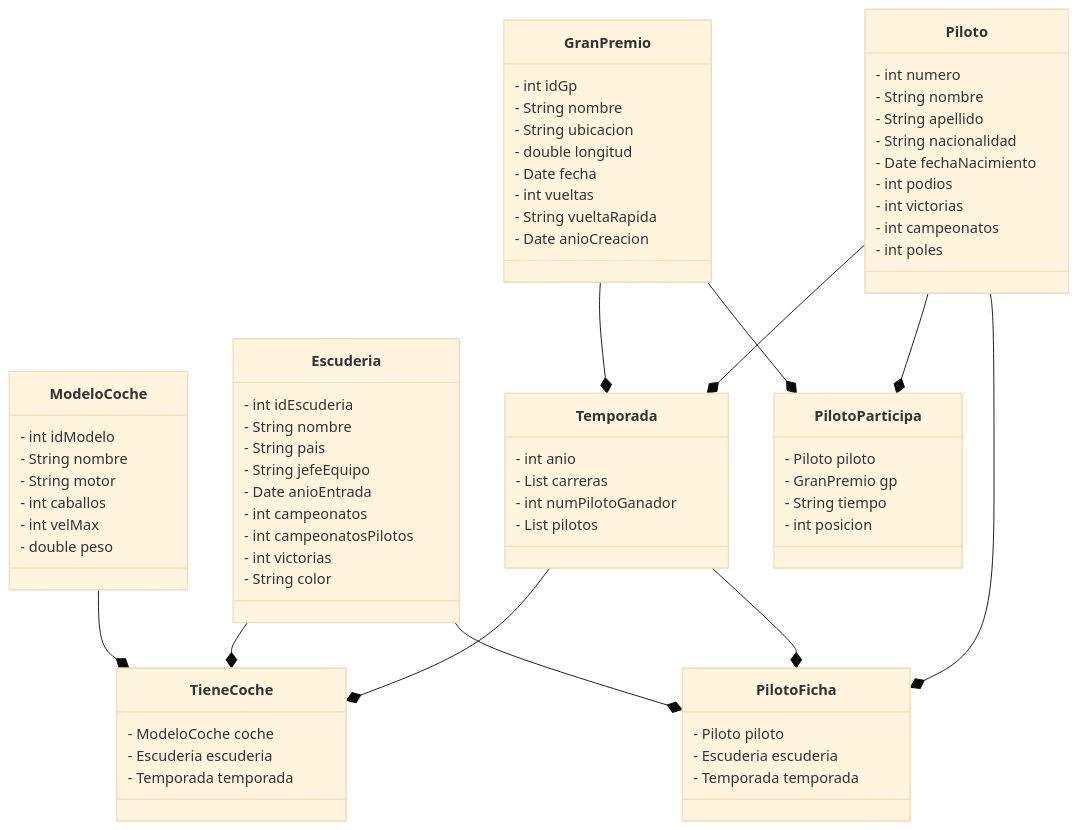
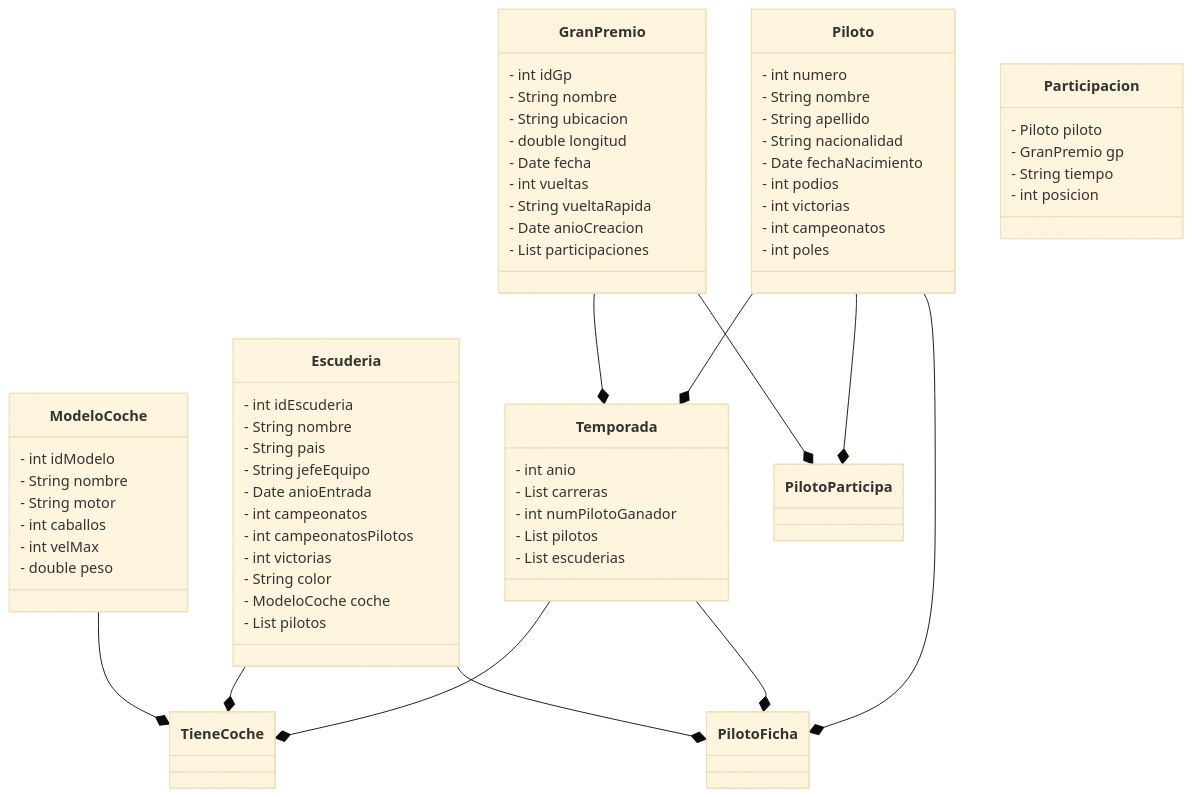
Before and after one commit to 1l0h/f1: the diagram in disenio/diagramaClases.md, drawn with Mermaid (base theme).

Commit message:
cambios en el diagrama de clases

````diff
--- a/disenio/diagramaClases.md
+++ b/disenio/diagramaClases.md
@@ -1,79 +1,73 @@
 ```mermaid
 classDiagram
     class Piloto{
         - int numero
         - String nombre
         - String apellido
         - String nacionalidad
         - Date fechaNacimiento
         - int podios
         - int victorias
         - int campeonatos
         - int poles
     }
     class ModeloCoche{
         - int idModelo
         - String nombre
         - String motor
         - int caballos
         - int velMax
         - double peso
     }
     class Escuderia{
         - int idEscuderia
         - String nombre
         - String pais
         - String jefeEquipo
         - Date anioEntrada
         - int campeonatos
         - int campeonatosPilotos
         - int victorias
         - String color
-    }
-    class PilotoFicha{
-        - Piloto piloto
-        - Escuderia escuderia
-        - Temporada temporada
-    }
-    class TieneCoche{
         - ModeloCoche coche
-        - Escuderia escuderia
-        - Temporada temporada
+        - List<Piloto> pilotos
     }
     class GranPremio{
         - int idGp
         - String nombre
         - String ubicacion
         - double longitud
         - Date fecha
         - int vueltas
         - String vueltaRapida
         - Date anioCreacion
+        - List<Participacion> participaciones
     }
-    class PilotoParticipa{
+    class Participacion{
         - Piloto piloto
         - GranPremio gp
         - String tiempo
         - int posicion
     }
     class Temporada{
         - int anio
         - List<GranPremio> carreras
         - int numPilotoGanador
         - List<Piloto> pilotos
+        - List<Escuderia> escuderias
     }
 
     Piloto --* PilotoFicha
     Escuderia --* PilotoFicha
     Temporada --* PilotoFicha
 
     Piloto --* PilotoParticipa
     GranPremio --* PilotoParticipa
 
     GranPremio --* Temporada
     Piloto --* Temporada
 
     ModeloCoche --* TieneCoche
     Escuderia --* TieneCoche
     Temporada --* TieneCoche
 ```
````
